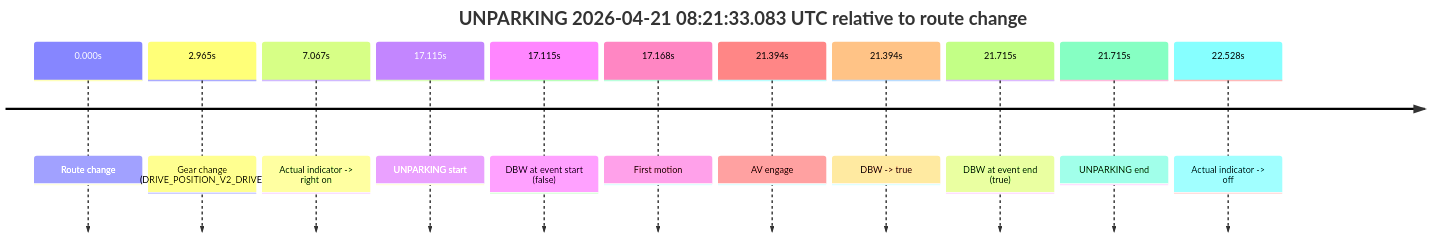
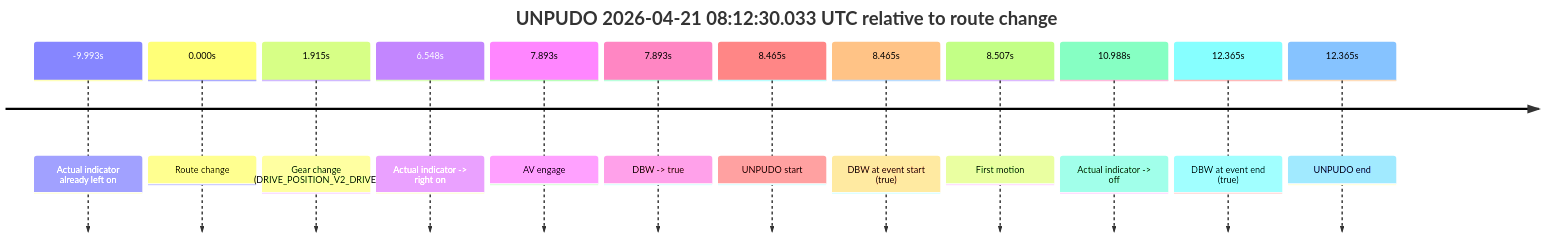
One commit to yoelshapiro/vault changed the fourth of 5 diagrams in model_analysis/report_cards/2026/04/Week-4/fme20032--2026-04-21--07-32-06--gen2-av-6b2228e6-9d34-4978-b743-0d762038e024.md. Above: the diagram before and after it, drawn with Mermaid. The commit also changed other lines of this file and 2 other files, not shown here.

````diff
--- a/model_analysis/report_cards/2026/04/Week-4/fme20032--2026-04-21--07-32-06--gen2-av-6b2228e6-9d34-4978-b743-0d762038e024.md
+++ b/model_analysis/report_cards/2026/04/Week-4/fme20032--2026-04-21--07-32-06--gen2-av-6b2228e6-9d34-4978-b743-0d762038e024.md
@@ -44,15 +320,16 @@
 ```mermaid
 timeline
-    title UNPARKING 2026-04-21 08:21:33.083 UTC relative to route change
+    title UNPUDO 2026-04-21 08:12:30.033 UTC relative to route change
+    -9.993s : Actual indicator already left on
     0.000s : Route change
-    2.965s : Gear change (DRIVE_POSITION_V2_DRIVE)
-    7.067s : Actual indicator -> right on
-    17.115s : UNPARKING start
-    17.115s : DBW at event start (false)
-    17.168s : First motion
-    21.394s : AV engage
-    21.394s : DBW -> true
-    21.715s : DBW at event end (true)
-    21.715s : UNPARKING end
-    22.528s : Actual indicator -> off
+    1.915s : Gear change (DRIVE_POSITION_V2_DRIVE)
+    6.548s : Actual indicator -> right on
+    7.893s : AV engage
+    7.893s : DBW -> true
+    8.465s : UNPUDO start
+    8.465s : DBW at event start (true)
+    8.507s : First motion
+    10.988s : Actual indicator -> off
+    12.365s : DBW at event end (true)
+    12.365s : UNPUDO end
 ```
````
